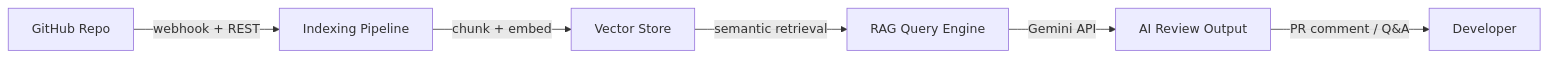
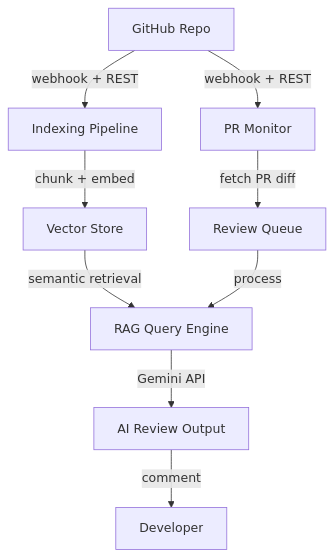
One commit to agrim08/synthia-ai changed the diagram in README.md. Above: the diagram before and after it, drawn with Mermaid. The commit also changed other lines of this file, not shown here.

Commit message:
Update architecture diagram to display in two lines

````diff
--- a/README.md
+++ b/README.md
@@ -20,8 +20,12 @@
 ```mermaid
-graph LR
+graph TD
     A[GitHub Repo] -->|webhook + REST| B[Indexing Pipeline]
     B -->|chunk + embed| C[Vector Store]
     C -->|semantic retrieval| D[RAG Query Engine]
     D -->|Gemini API| E[AI Review Output]
-    E -->|PR comment / Q&A| F[Developer]
+    
+    A -->|webhook + REST| F[PR Monitor]
+    F -->|fetch PR diff| G[Review Queue]
+    G -->|process| D
+    E -->|comment| H[Developer]
 ```
````
